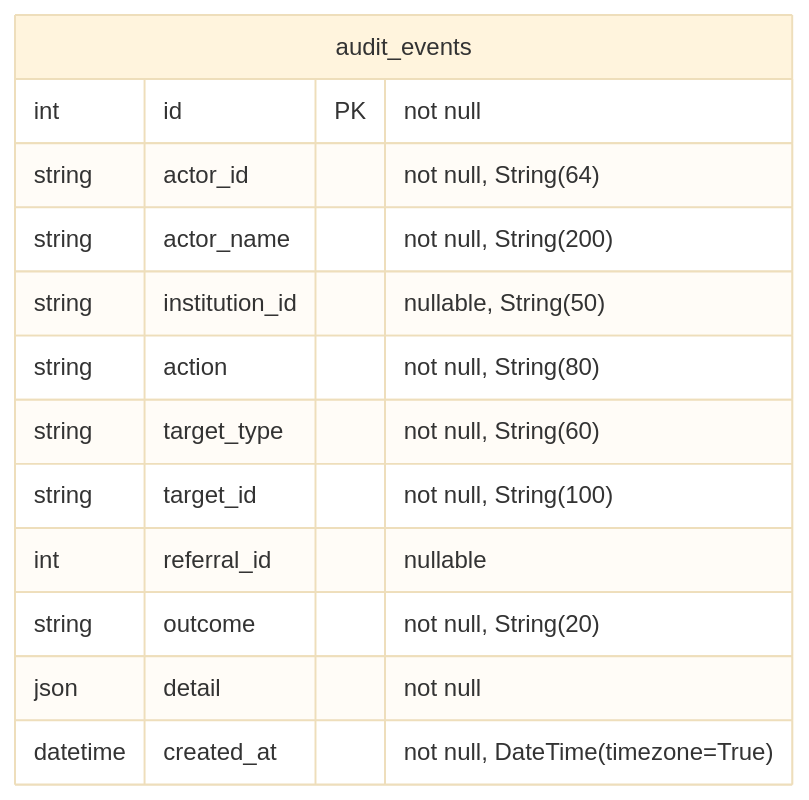
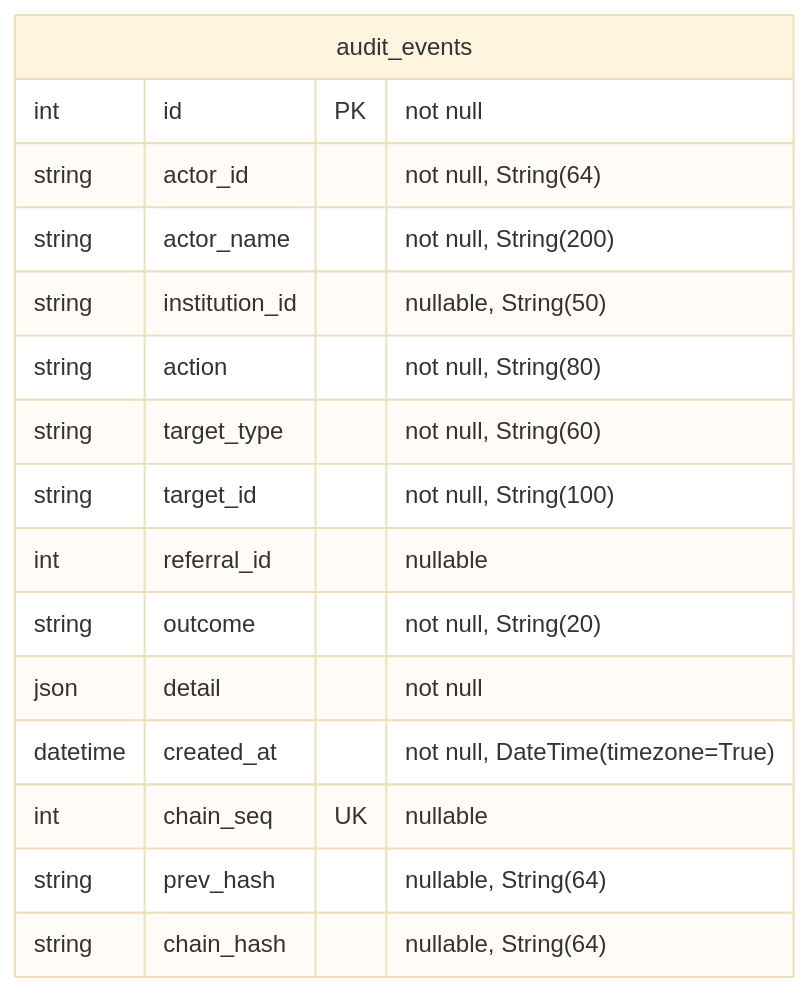
One commit to B-satool/FYP-Federated-Referral-System changed the second of 9 diagrams in docs/sds/generated/erd-central.md. Above: the diagram before and after it, drawn with Mermaid (base theme). The commit also changed other lines of this file and 62 other files, not shown here.

Commit message:
WP11 and the rest of the flow: receiving hospital adds its own records (step 8), append-only hash-chained audit, security model, data lifecycle and sources, AGENTS.md invariants (A5-A8), RQ3 brand mapping and T-PERF-1 measured, v4 browser journey, SDS v2.0.0

````diff
--- a/docs/sds/generated/erd-central.md
+++ b/docs/sds/generated/erd-central.md
@@ -161,16 +202,19 @@
 ```mermaid
 erDiagram
     audit_events {
         int id PK "not null"
         string actor_id "not null, String(64)"
         string actor_name "not null, String(200)"
         string institution_id "nullable, String(50)"
         string action "not null, String(80)"
         string target_type "not null, String(60)"
         string target_id "not null, String(100)"
         int referral_id "nullable"
         string outcome "not null, String(20)"
         json detail "not null"
         datetime created_at "not null, DateTime(timezone=True)"
+        int chain_seq UK "nullable"
+        string prev_hash "nullable, String(64)"
+        string chain_hash "nullable, String(64)"
     }
 ```
````
